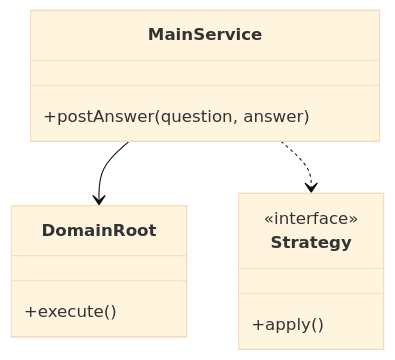
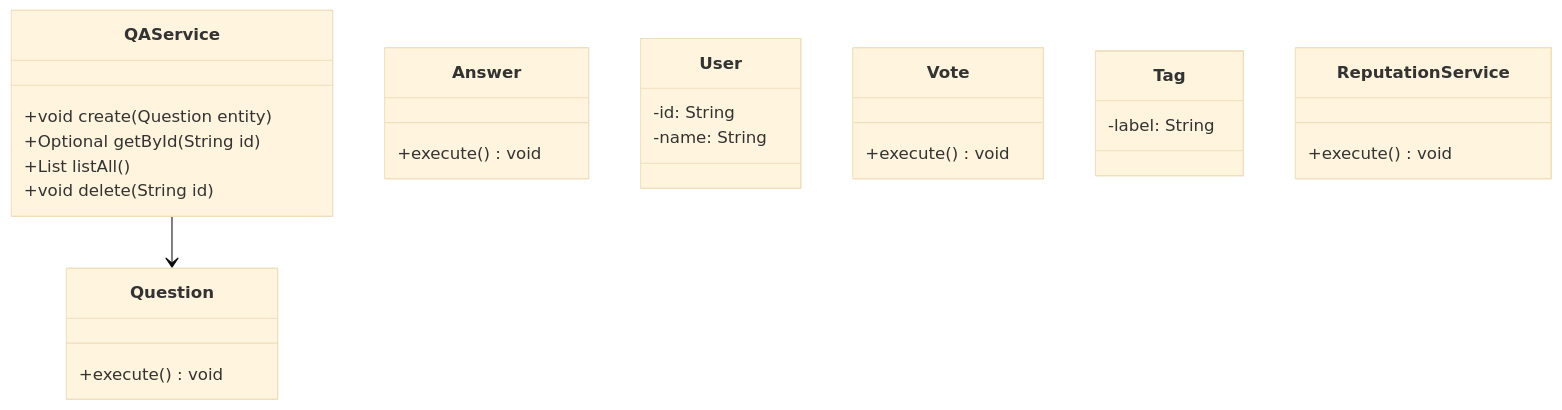
One commit to madhupaila/Interview-Prep-SSE changed the first of 3 diagrams in Learn/System Design - Low Level Design/02-classic-ood/questions/Q28-stackoverflow-qa.md. Above: the diagram before and after it, drawn with Mermaid (base theme). The commit also changed other lines of this file and 491 other files, not shown here.

````diff
--- a/Learn/System Design - Low Level Design/02-classic-ood/questions/Q28-stackoverflow-qa.md
+++ b/Learn/System Design - Low Level Design/02-classic-ood/questions/Q28-stackoverflow-qa.md
@@ -75,15 +93,29 @@
 ```mermaid
 classDiagram
-    class MainService {
-        +postAnswer(question, answer)
+    class QAService {
+        +void create(Question entity)
+        +Optional<Question> getById(String id)
+        +List<Question> listAll()
+        +void delete(String id)
     }
-    class DomainRoot {
-        +execute()
+    class Question {
+        +execute() void
     }
-    class Strategy {
-        <<interface>>
-        +apply()
+    class Answer {
+        +execute() void
     }
-    MainService --> DomainRoot
-    MainService ..> Strategy
+    class User {
+        -id: String
+        -name: String
+    }
+    class Vote {
+        +execute() void
+    }
+    class Tag {
+        -label: String
+    }
+    class ReputationService {
+        +execute() void
+    }
+    QAService --> Question
 ```
````
